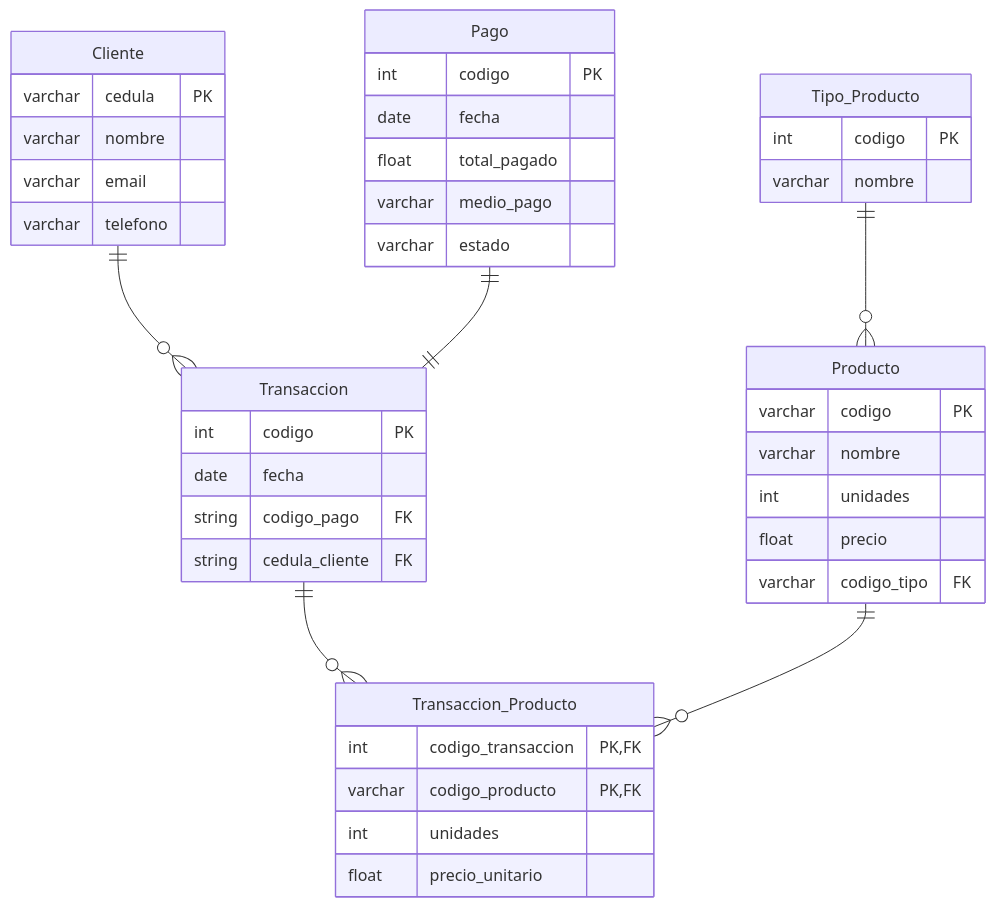
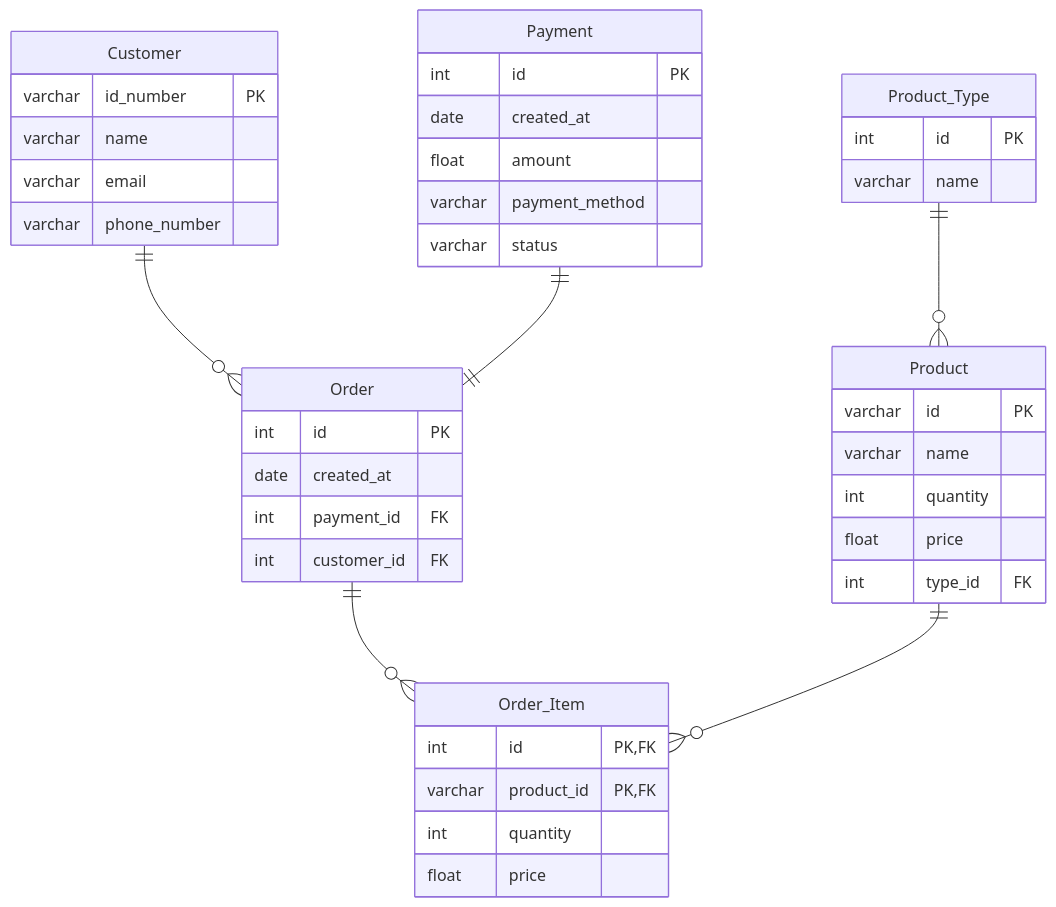
One commit to caflorezvi/guias-programacion-avanzada changed the diagram in 7.bases-datos-sql.md. Above: the diagram before and after it, drawn with Mermaid. The commit also changed other lines of this file and 7 other files, not shown here.

````diff
--- a/7.bases-datos-sql.md
+++ b/7.bases-datos-sql.md
@@ -71,50 +66,50 @@
 ```mermaid
 erDiagram
-    Cliente {
-        varchar cedula PK
-        varchar nombre
+    Customer {
+        varchar id_number PK
+        varchar name
         varchar email
-        varchar telefono
+        varchar phone_number
     }
     
-    Producto {
-        varchar codigo PK
-        varchar nombre
-        int unidades
-        float precio
-        varchar codigo_tipo FK
+    Product {
+        varchar id PK
+        varchar name
+        int quantity
+        float price
+        int type_id FK
     }
     
-    Tipo_Producto {
-        int codigo PK
-        varchar nombre
+    Product_Type {
+        int id PK
+        varchar name
     }
     
-    Transaccion {
-        int codigo PK
-        date fecha
-        string codigo_pago FK
-        string cedula_cliente FK
+    Order {
+        int id PK
+        date created_at
+        int payment_id FK
+        int customer_id FK
     }
     
-    Transaccion_Producto {
-        int codigo_transaccion PK, FK
-        varchar codigo_producto PK, FK
-        int unidades
-        float precio_unitario
+    Order_Item {
+        int id PK, FK
+        varchar product_id PK, FK
+        int quantity
+        float price
     }
     
-    Pago {
-        int codigo PK
-        date fecha
-        float total_pagado
-        varchar medio_pago
-        varchar estado
+    Payment {
+        int id PK
+        date created_at
+        float amount
+        varchar payment_method
+        varchar status
     }
     
-    Cliente ||--o{ Transaccion : ""
-    Tipo_Producto ||--o{ Producto : ""
-    Transaccion ||--o{ Transaccion_Producto : ""
-    Producto ||--o{ Transaccion_Producto : ""
-    Pago ||--|| Transaccion : ""
+    Customer ||--o{ Order : ""
+    Product_Type ||--o{ Product : ""
+    Order ||--o{ Order_Item : ""
+    Product ||--o{ Order_Item : ""
+    Payment ||--|| Order : ""
 ```
````
